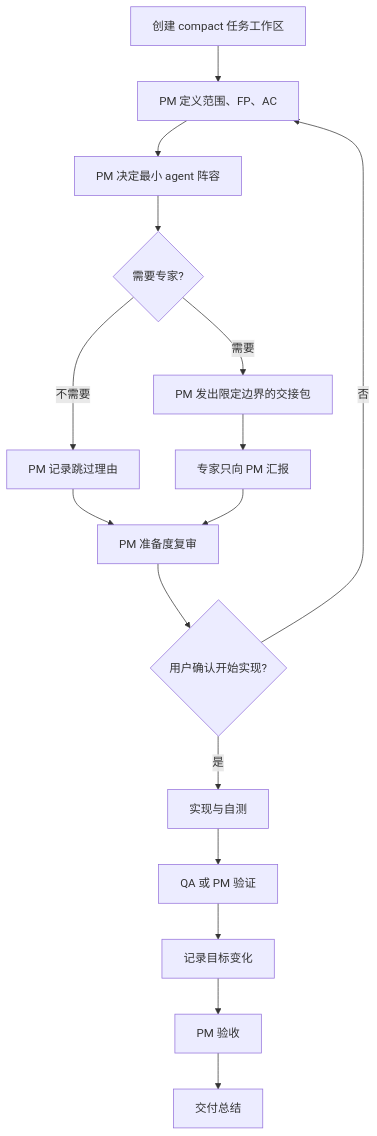
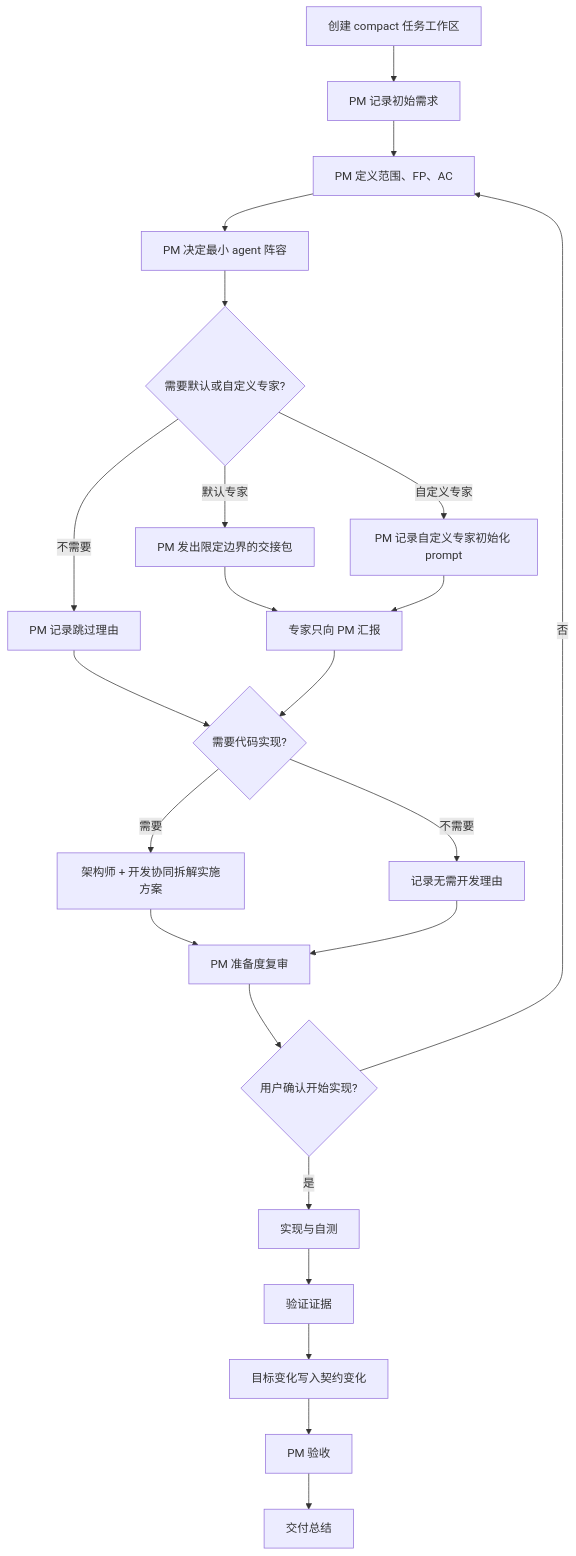
Before and after one commit to siyrs/dev-baseline: the second of 4 diagrams in README_CN.md, drawn with Mermaid. The commit also changed other lines of this file, not shown here.

Commit message:
docs: update Chinese task flow for custom agents

````diff
--- a/README_CN.md
+++ b/README_CN.md
@@ -53,18 +47,25 @@
 ```mermaid
 flowchart TD
-  A[创建 compact 任务工作区] --> B[PM 定义范围、FP、AC]
-  B --> C[PM 决定最小 agent 阵容]
-  C --> D{需要专家?}
-  D -->|需要| E[PM 发出限定边界的交接包]
-  D -->|不需要| F[PM 记录跳过理由]
-  E --> G[专家只向 PM 汇报]
-  F --> H[PM 准备度复审]
-  G --> H
-  H --> I{用户确认开始实现?}
-  I -->|否| B
-  I -->|是| J[实现与自测]
-  J --> K[QA 或 PM 验证]
-  K --> L[记录目标变化]
-  L --> M[PM 验收]
-  M --> N[交付总结]
+  A[创建 compact 任务工作区] --> B[PM 记录初始需求]
+  B --> C[PM 定义范围、FP、AC]
+  C --> D[PM 决定最小 agent 阵容]
+  D --> E{需要默认或自定义专家?}
+  E -->|默认专家| F[PM 发出限定边界的交接包]
+  E -->|自定义专家| G[PM 记录自定义专家初始化 prompt]
+  E -->|不需要| H[PM 记录跳过理由]
+  F --> I[专家只向 PM 汇报]
+  G --> I
+  H --> J{需要代码实现?}
+  I --> J
+  J -->|需要| K[架构师 + 开发协同拆解实施方案]
+  J -->|不需要| L[记录无需开发理由]
+  K --> M[PM 准备度复审]
+  L --> M
+  M --> N{用户确认开始实现?}
+  N -->|否| C
+  N -->|是| O[实现与自测]
+  O --> P[验证证据]
+  P --> Q[目标变化写入契约变化]
+  Q --> R[PM 验收]
+  R --> S[交付总结]
 ```
````
